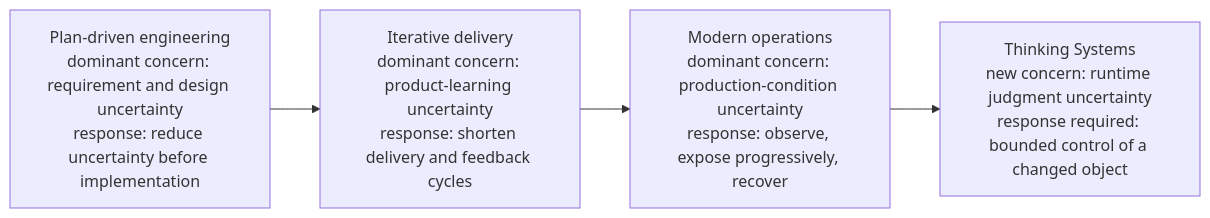
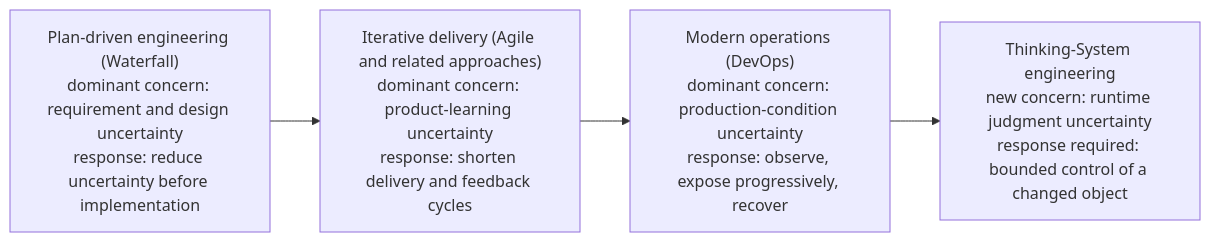
One commit to UncertaintyArchitectureGroup/uncertainty-architecture changed the first of 14 diagrams in content/research/notes/open-engineering-specification-article-draft.md. Above: the diagram before and after it, drawn with Mermaid. The commit also changed other lines of this file and 1 other file, not shown here.

First line of the commit message:
Clarify governance as release-critical control architecture (#53)

````diff
--- a/content/research/notes/open-engineering-specification-article-draft.md
+++ b/content/research/notes/open-engineering-specification-article-draft.md
@@ -68,9 +68,9 @@
 ```mermaid
 flowchart LR
-    W["Plan-driven engineering<br/>dominant concern: requirement and design uncertainty<br/>response: reduce uncertainty before implementation"]
-    A["Iterative delivery<br/>dominant concern: product-learning uncertainty<br/>response: shorten delivery and feedback cycles"]
-    D["Modern operations<br/>dominant concern: production-condition uncertainty<br/>response: observe, expose progressively, recover"]
-    T["Thinking Systems<br/>new concern: runtime judgment uncertainty<br/>response required: bounded control of a changed object"]
+    W["Plan-driven engineering (Waterfall)<br/>dominant concern: requirement and design uncertainty<br/>response: reduce uncertainty before implementation"]
+    A["Iterative delivery (Agile and related approaches)<br/>dominant concern: product-learning uncertainty<br/>response: shorten delivery and feedback cycles"]
+    D["Modern operations (DevOps)<br/>dominant concern: production-condition uncertainty<br/>response: observe, expose progressively, recover"]
+    T["Thinking-System engineering<br/>new concern: runtime judgment uncertainty<br/>response required: bounded control of a changed object"]
 
     W --> A --> D --> T
 ```
````
